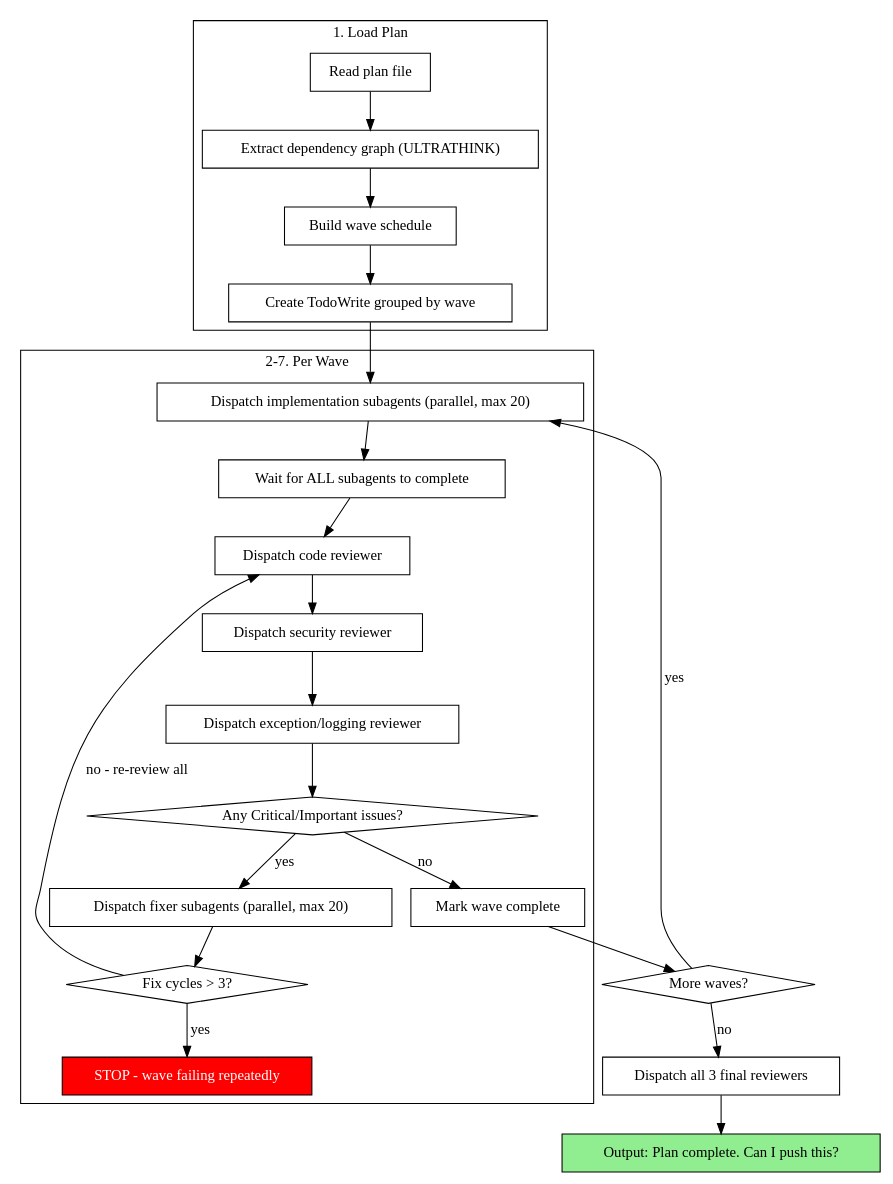
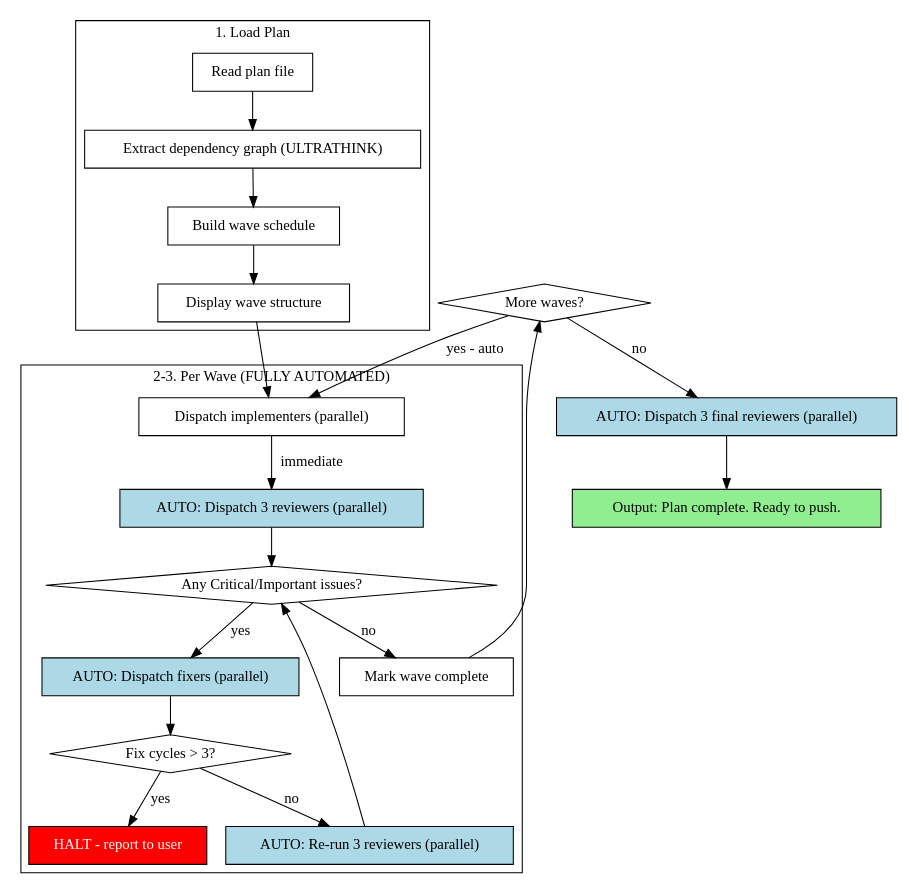
Before and after one commit to wazyee/superpowers: the diagram in skills/subagent-driven-development/SKILL.md, drawn with Graphviz. The commit also changed other lines of this file and 1 other file, not shown here.

First line of the commit message:
feat: fully automate subagent-driven-development workflow

````diff
--- a/skills/subagent-driven-development/SKILL.md
+++ b/skills/subagent-driven-development/SKILL.md
@@ -123,50 +132,46 @@
 ```dot
 digraph process {
     rankdir=TB;
 
     subgraph cluster_load {
         label="1. Load Plan";
         "Read plan file" [shape=box];
         "Extract dependency graph (ULTRATHINK)" [shape=box];
         "Build wave schedule" [shape=box];
-        "Create TodoWrite grouped by wave" [shape=box];
+        "Display wave structure" [shape=box];
     }
 
     subgraph cluster_wave {
-        label="2-7. Per Wave";
-        "Dispatch implementation subagents (parallel, max 20)" [shape=box];
-        "Wait for ALL subagents to complete" [shape=box];
-        "Dispatch code reviewer" [shape=box];
-        "Dispatch security reviewer" [shape=box];
-        "Dispatch exception/logging reviewer" [shape=box];
+        label="2-3. Per Wave (FULLY AUTOMATED)";
+        "Dispatch implementers (parallel)" [shape=box];
+        "AUTO: Dispatch 3 reviewers (parallel)" [shape=box style=filled fillcolor=lightblue];
         "Any Critical/Important issues?" [shape=diamond];
-        "Dispatch fixer subagents (parallel, max 20)" [shape=box];
+        "AUTO: Dispatch fixers (parallel)" [shape=box style=filled fillcolor=lightblue];
         "Fix cycles > 3?" [shape=diamond];
-        "STOP - wave failing repeatedly" [shape=box style=filled fillcolor=red fontcolor=white];
+        "HALT - report to user" [shape=box style=filled fillcolor=red fontcolor=white];
+        "AUTO: Re-run 3 reviewers (parallel)" [shape=box style=filled fillcolor=lightblue];
         "Mark wave complete" [shape=box];
     }
 
     "More waves?" [shape=diamond];
-    "Dispatch all 3 final reviewers" [shape=box];
-    "Output: Plan complete. Can I push this?" [shape=box style=filled fillcolor=lightgreen];
+    "AUTO: Dispatch 3 final reviewers (parallel)" [shape=box style=filled fillcolor=lightblue];
+    "Output: Plan complete. Ready to push." [shape=box style=filled fillcolor=lightgreen];
 
     "Read plan file" -> "Extract dependency graph (ULTRATHINK)";
     "Extract dependency graph (ULTRATHINK)" -> "Build wave schedule";
-    "Build wave schedule" -> "Create TodoWrite grouped by wave";
-    "Create TodoWrite grouped by wave" -> "Dispatch implementation subagents (parallel, max 20)";
-    "Dispatch implementation subagents (parallel, max 20)" -> "Wait for ALL subagents to complete";
-    "Wait for ALL subagents to complete" -> "Dispatch code reviewer";
-    "Dispatch code reviewer" -> "Dispatch security reviewer";
-    "Dispatch security reviewer" -> "Dispatch exception/logging reviewer";
-    "Dispatch exception/logging reviewer" -> "Any Critical/Important issues?";
-    "Any Critical/Important issues?" -> "Dispatch fixer subagents (parallel, max 20)" [label="yes"];
+    "Build wave schedule" -> "Display wave structure";
+    "Display wave structure" -> "Dispatch implementers (parallel)";
+    "Dispatch implementers (parallel)" -> "AUTO: Dispatch 3 reviewers (parallel)" [label="immediate"];
+    "AUTO: Dispatch 3 reviewers (parallel)" -> "Any Critical/Important issues?";
+    "Any Critical/Important issues?" -> "AUTO: Dispatch fixers (parallel)" [label="yes"];
     "Any Critical/Important issues?" -> "Mark wave complete" [label="no"];
-    "Dispatch fixer subagents (parallel, max 20)" -> "Fix cycles > 3?";
-    "Fix cycles > 3?" -> "STOP - wave failing repeatedly" [label="yes"];
-    "Fix cycles > 3?" -> "Dispatch code reviewer" [label="no - re-review all"];
+    "AUTO: Dispatch fixers (parallel)" -> "Fix cycles > 3?";
+    "Fix cycles > 3?" -> "HALT - report to user" [label="yes"];
+    "Fix cycles > 3?" -> "AUTO: Re-run 3 reviewers (parallel)" [label="no"];
+    "AUTO: Re-run 3 reviewers (parallel)" -> "Any Critical/Important issues?";
     "Mark wave complete" -> "More waves?";
-    "More waves?" -> "Dispatch implementation subagents (parallel, max 20)" [label="yes"];
-    "More waves?" -> "Dispatch all 3 final reviewers" [label="no"];
-    "Dispatch all 3 final reviewers" -> "Output: Plan complete. Can I push this?";
+    "More waves?" -> "Dispatch implementers (parallel)" [label="yes - auto"];
+    "More waves?" -> "AUTO: Dispatch 3 final reviewers (parallel)" [label="no"];
+    "AUTO: Dispatch 3 final reviewers (parallel)" -> "Output: Plan complete. Ready to push.";
 }
 ```
````
